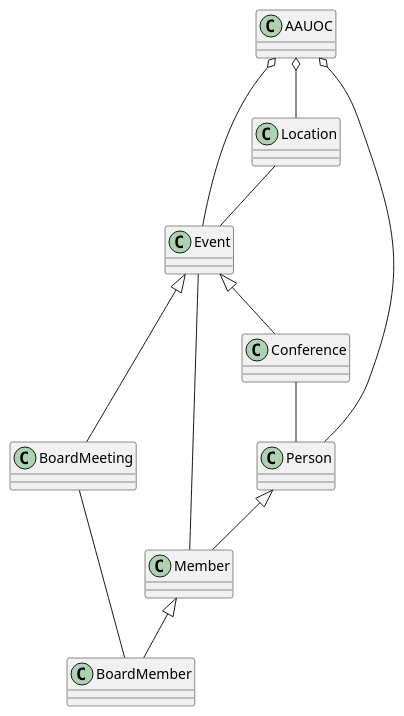
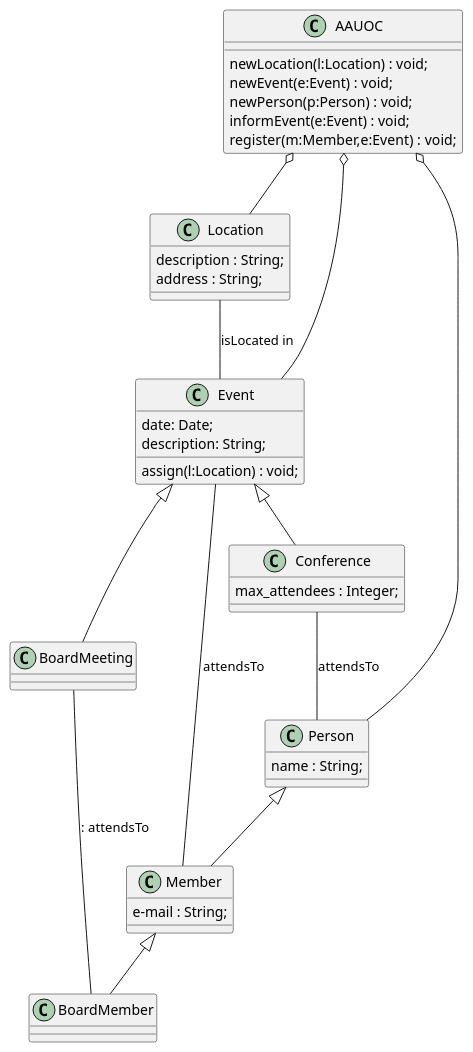
The diagram in AlexMorcilloUML.puml (Alex-Morcillo/UMLClases-AlexMorcilloCaubera), drawn with PlantUML before and after one commit.

Commit message:
Added names to relations and also added methods and attributes to classes

```diff
--- a/AlexMorcilloUML.puml
+++ b/AlexMorcilloUML.puml
@@ -1,30 +1,50 @@
 @startuml
 Event <|-- Conference
 Event <|-- BoardMeeting
 Person <|-- Member
 Member <|-- BoardMember
-BoardMeeting -- BoardMember
-Conference -- Person
-Event -- Member
-Location -- Event
+BoardMeeting -- BoardMember : : attendsTo
+Conference -- Person : attendsTo
+Event -- Member : attendsTo
+Location -- Event : isLocated in
 AAUOC o-- Location
 AAUOC o-- Event
 AAUOC o-- Person
 
 class AAUOC {
+newLocation(l:Location) : void;
+newEvent(e:Event) : void;
+newPerson(p:Person) : void;
+informEvent(e:Event) : void;
+register(m:Member,e:Event) : void;
 }
+
 class Member {
+e-mail : String;
 }
+
 class BoardMember {
 }
+
 class Event {
+date: Date;
+description: String;
+assign(l:Location) : void;
 }
+
 class Conference {
+max_attendees : Integer;
 }
+
 class BoardMeeting {
 }
+
 class Location {
+description : String;
+address : String;
 }
+
 class Person {
+name : String;
 }
 @enduml
```
